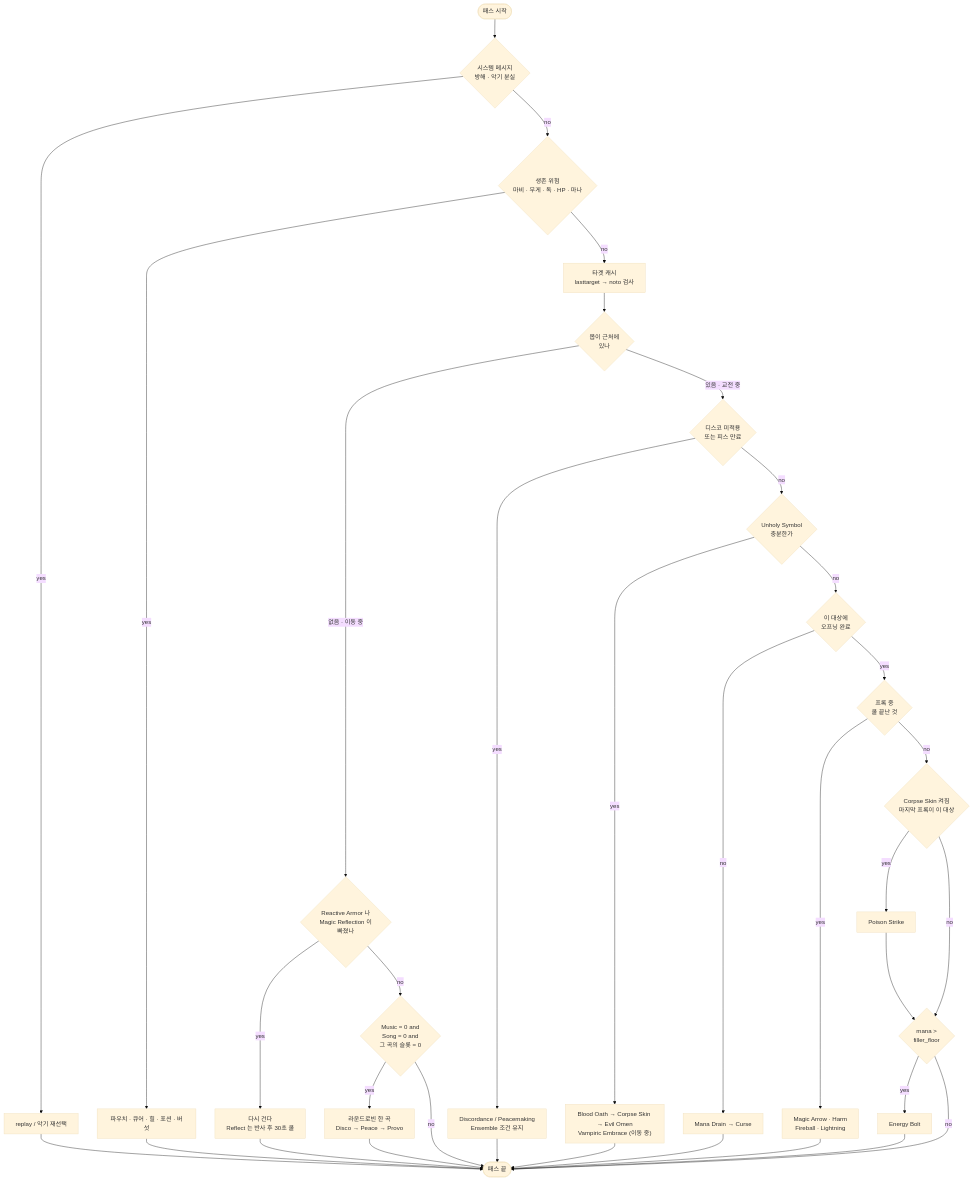
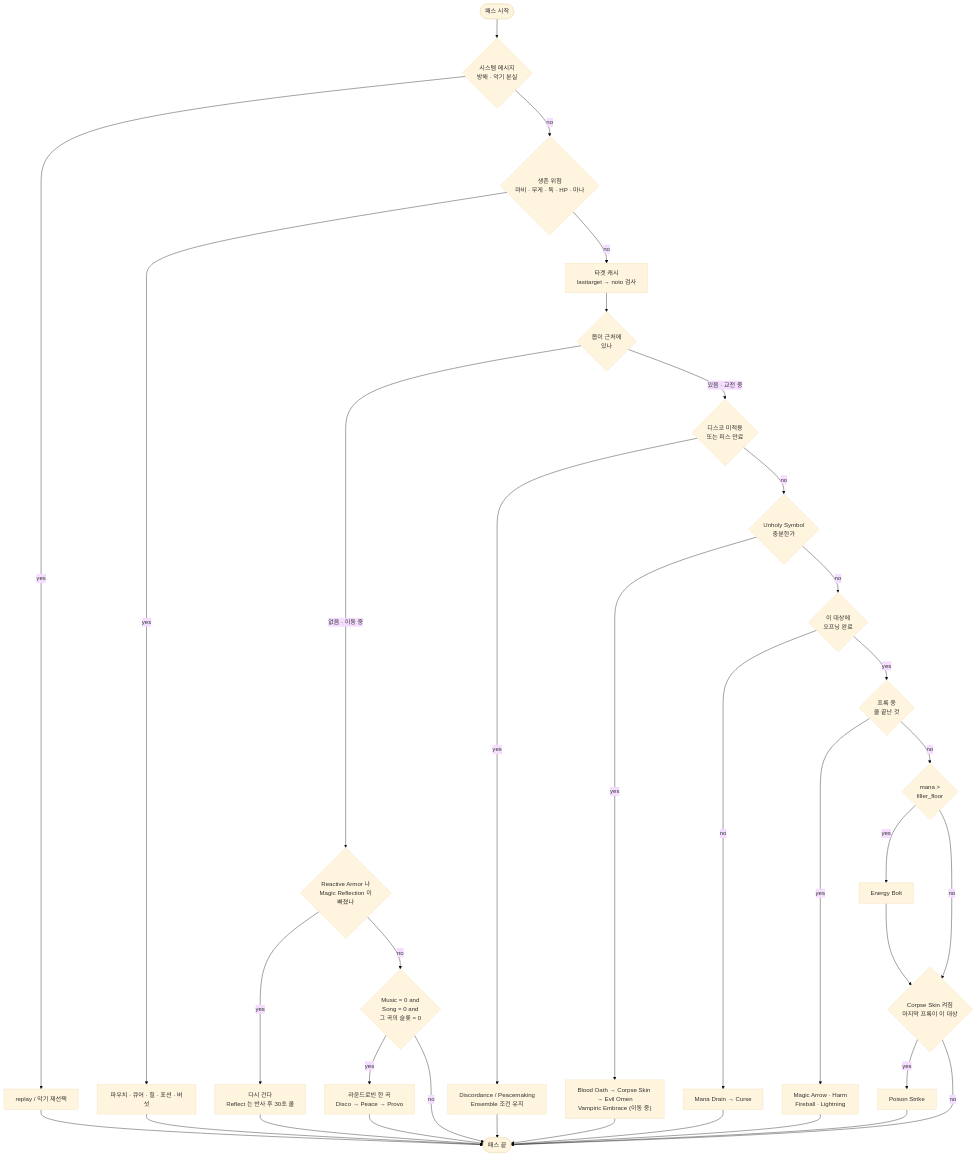
The diagram in library/bard-necro-handbook.md (minu-ha/uoo), drawn with Mermaid (base theme) before and after one commit. The commit also changed other lines of this file and 1 other file, not shown here.

Commit message:
Move Poison Strike behind the filler so it pops the bolt's disease too

````diff
--- a/library/bard-necro-handbook.md
+++ b/library/bard-necro-handbook.md
@@ -991,39 +999,39 @@
 ```mermaid
 flowchart TD
   S([패스 시작]) --> M0
   M0{"시스템 메시지<br/>방해 · 악기 분실"}
   M0 -->|yes| A0["replay / 악기 재선택"] --> E
   M0 -->|no| M1
   M1{"생존 위험<br/>마비 · 무게 · 독 · HP · 마나"}
   M1 -->|yes| A1["파우치 · 큐어 · 힐 · 포션 · 버섯"] --> E
   M1 -->|no| M2
   M2["타겟 캐시<br/>lasttarget → noto 검사"] --> M3
   M3{"몹이 근처에<br/>있나"}
   M3 -->|" 없음 · 이동 중 "| BUFF
   M3 -->|" 있음 · 교전 중 "| SKILL
   BUFF{"Reactive Armor 나<br/>Magic Reflection 이<br/>빠졌나"}
   BUFF -->|yes| ABUFF["다시 건다<br/>Reflect 는 반사 후 30초 쿨"] --> E
   BUFF -->|no| SONG
   SONG{"Music = 0 and<br/>Song = 0 and<br/>그 곡의 슬롯 = 0"}
   SONG -->|yes| ASONG["라운드로빈 한 곡<br/>Disco → Peace → Provo"] --> E
   SONG -->|no| E
   SKILL{"디스코 미적용<br/>또는 피스 만료"}
   SKILL -->|yes| ASKILL["Discordance / Peacemaking<br/>Ensemble 조건 유지"] --> E
   SKILL -->|no| NECRO
   NECRO{"Unholy Symbol<br/>충분한가"}
   NECRO -->|yes| ANECRO["Blood Oath → Corpse Skin → Evil Omen<br/>Vampiric Embrace (이동 중)"] --> E
   NECRO -->|no| OPEN
   OPEN{"이 대상에<br/>오프닝 완료"}
   OPEN -->|no| AOPEN["Mana Drain → Curse"] --> E
   OPEN -->|yes| PROC
   PROC{"프록 중<br/>쿨 끝난 것"}
   PROC -->|yes| APROC["Magic Arrow · Harm<br/>Fireball · Lightning"] --> E
-  PROC -->|no| STRIKE
+  PROC -->|no| FILL
+  FILL{"mana ><br/>filler_floor"}
+  FILL -->|yes| AFILL["Energy Bolt"] --> STRIKE
+  FILL -->|no| STRIKE
   STRIKE{"Corpse Skin 켜짐<br/>마지막 프록이 이 대상"}
-  STRIKE -->|yes| ASTRIKE["Poison Strike"] --> FILL
-  STRIKE -->|no| FILL
-  FILL{"mana ><br/>filler_floor"}
-  FILL -->|yes| AFILL["Energy Bolt"] --> E
-  FILL -->|no| E
+  STRIKE -->|yes| ASTRIKE["Poison Strike"] --> E
+  STRIKE -->|no| E
   E([패스 끝])
 ```
````
